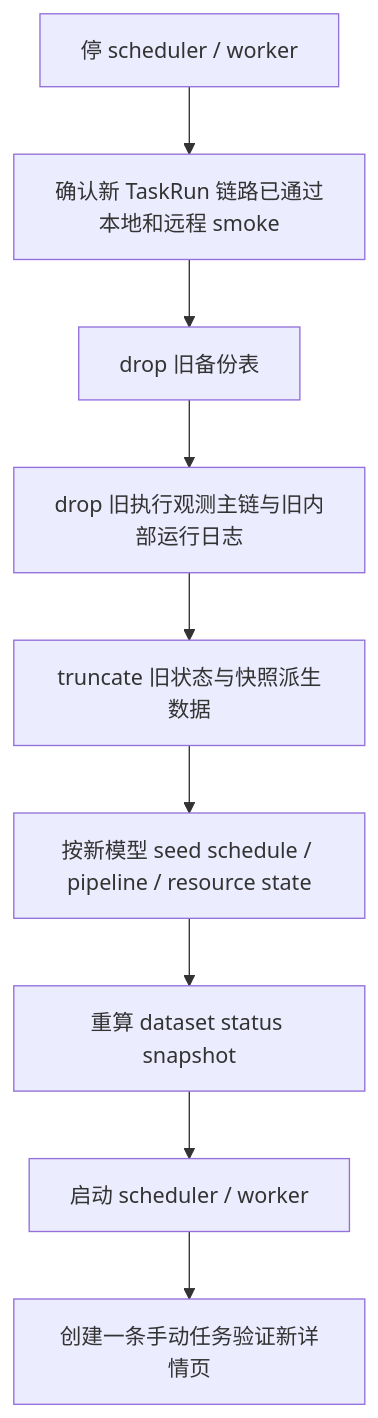
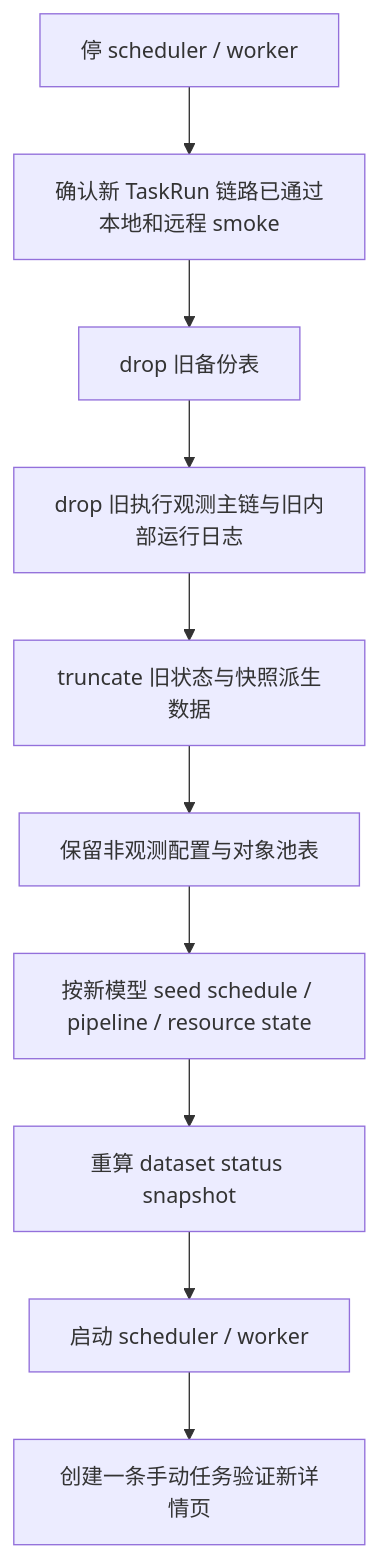
One commit to chiuser/goldenshare changed the tenth of 10 diagrams in docs/ops/ops-task-run-observability-redesign-plan-v1.md. Above: the diagram before and after it, drawn with Mermaid. The commit also changed other lines of this file and 14 other files, not shown here.

````diff
--- a/docs/ops/ops-task-run-observability-redesign-plan-v1.md
+++ b/docs/ops/ops-task-run-observability-redesign-plan-v1.md
@@ -877,11 +926,12 @@
 ```mermaid
 flowchart TD
     A["停 scheduler / worker"] --> B["确认新 TaskRun 链路已通过本地和远程 smoke"]
     B --> C["drop 旧备份表"]
     C --> D["drop 旧执行观测主链与旧内部运行日志"]
     D --> E["truncate 旧状态与快照派生数据"]
-    E --> F["按新模型 seed schedule / pipeline / resource state"]
-    F --> G["重算 dataset status snapshot"]
-    G --> H["启动 scheduler / worker"]
-    H --> I["创建一条手动任务验证新详情页"]
+    E --> F["保留非观测配置与对象池表"]
+    F --> G["按新模型 seed schedule / pipeline / resource state"]
+    G --> H["重算 dataset status snapshot"]
+    H --> I["启动 scheduler / worker"]
+    I --> J["创建一条手动任务验证新详情页"]
 ```
````
